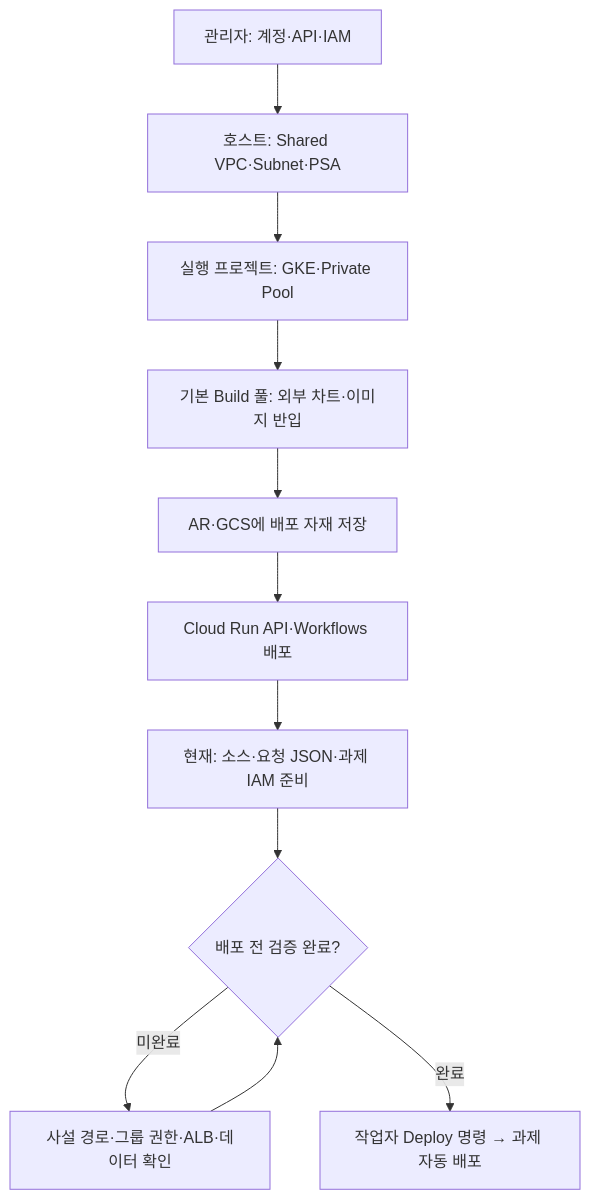
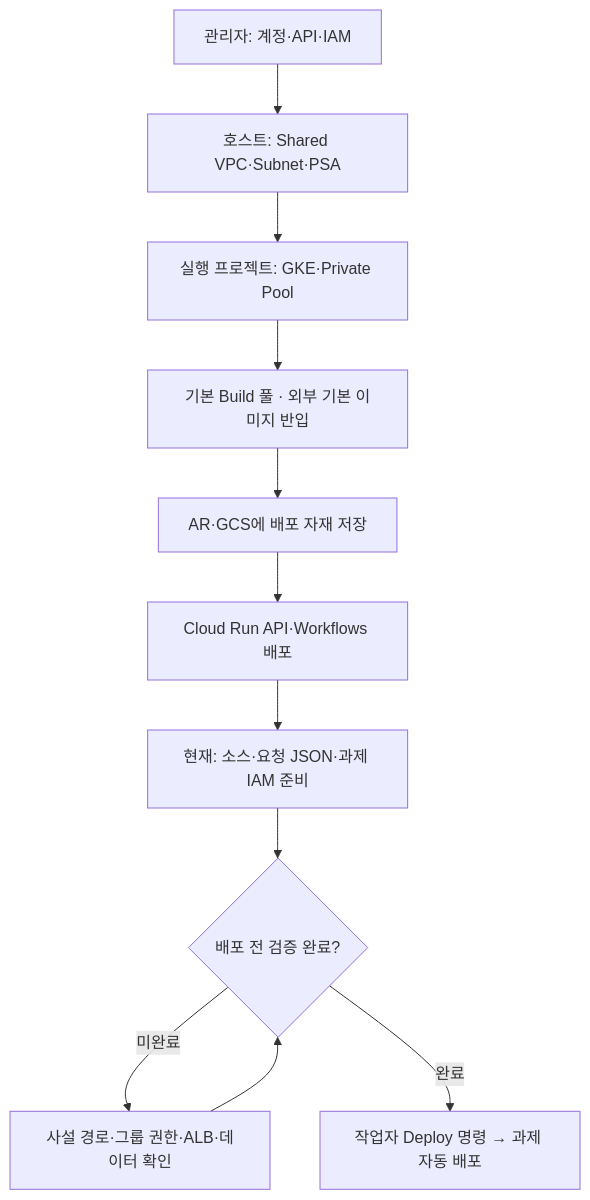
One commit to sonmap/GCP_SBX_Test01 changed the first of 2 diagrams in 01.docs/reference/operator-command-guide.md. Above: the diagram before and after it, drawn with Mermaid. The commit also changed other lines of this file and 8 other files, not shown here.

Commit message:
Import JupyterHub Helm chart manually from Central 1

````diff
--- a/01.docs/reference/operator-command-guide.md
+++ b/01.docs/reference/operator-command-guide.md
@@ -43,13 +43,13 @@
 ```mermaid
 flowchart TD
     A["관리자: 계정·API·IAM"] --> B["호스트: Shared VPC·Subnet·PSA"]
     B --> C["실행 프로젝트: GKE·Private Pool"]
-    C --> D["기본 Build 풀: 외부 차트·이미지 반입"]
+    C --> D["기본 Build 풀 · 외부 기본 이미지 반입"]
     D --> E["AR·GCS에 배포 자재 저장"]
     E --> F["Cloud Run API·Workflows 배포"]
     F --> G["현재: 소스·요청 JSON·과제 IAM 준비"]
     G --> H{"배포 전 검증 완료?"}
     H -->|미완료| I["사설 경로·그룹 권한·ALB·데이터 확인"]
     I --> H
     H -->|완료| J["작업자 Deploy 명령 → 과제 자동 배포"]
 ```
````
